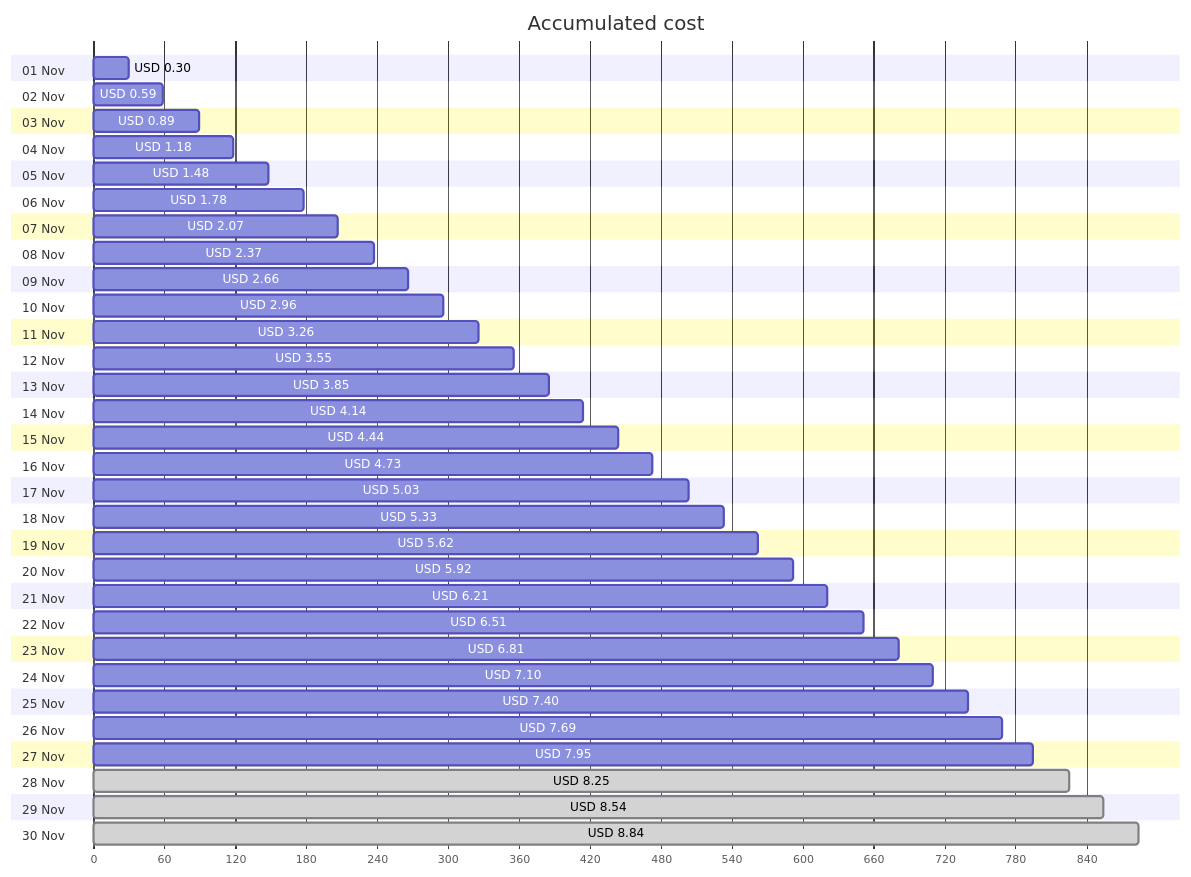
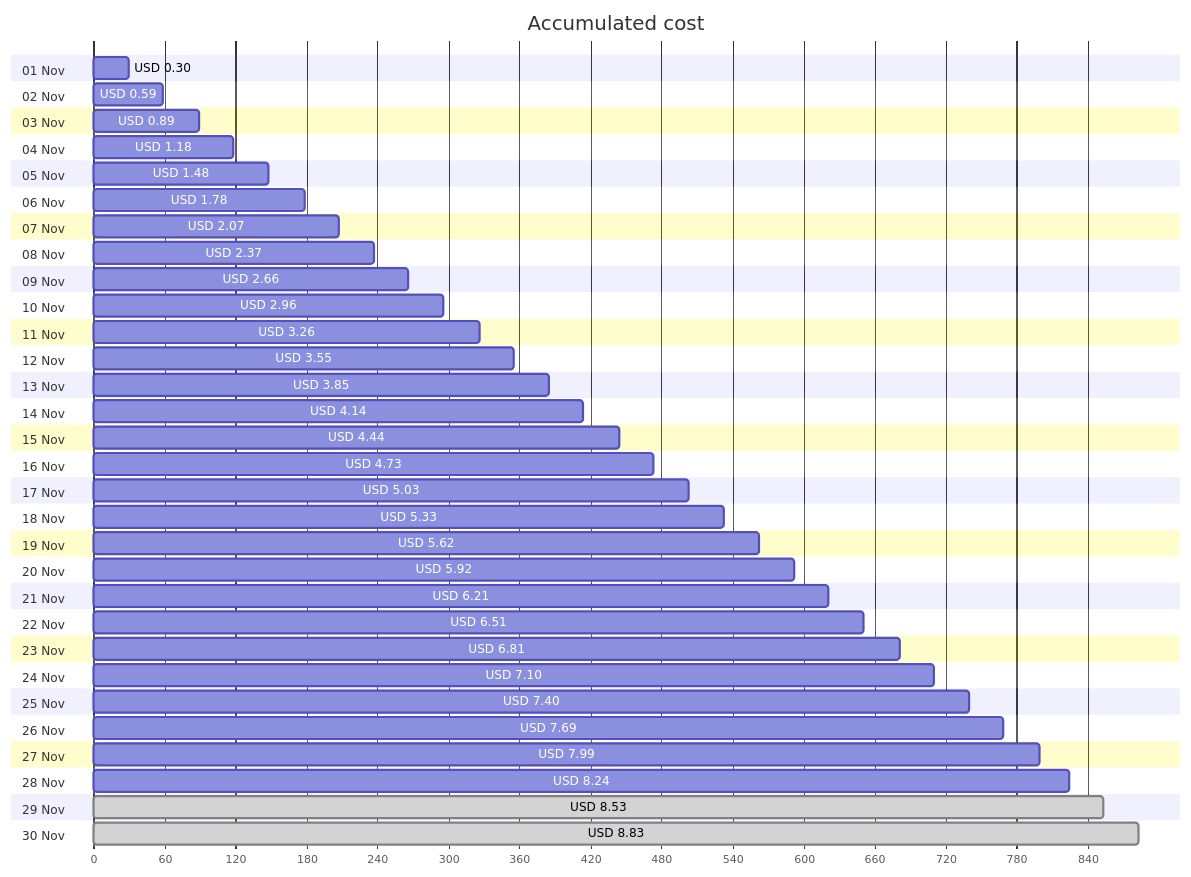
One commit to jpfulton/azure-personal-reports changed the first of 4 diagrams in cost-reports/personal-site/personal-site-preview.md. Above: the diagram before and after it, drawn with Mermaid. The commit also changed other lines of this file and 6 other files, not shown here.

````diff
--- a/cost-reports/personal-site/personal-site-preview.md
+++ b/cost-reports/personal-site/personal-site-preview.md
@@ -20,66 +20,66 @@
 ```mermaid
 gantt
    title Accumulated cost
    dateFormat  X
    axisFormat %s
    section 01 Nov
    USD 0.30 :0, 30
    section 02 Nov
    USD 0.59 :0, 59
    section 03 Nov
    USD 0.89 :0, 89
    section 04 Nov
    USD 1.18 :0, 118
    section 05 Nov
    USD 1.48 :0, 148
    section 06 Nov
    USD 1.78 :0, 178
    section 07 Nov
    USD 2.07 :0, 207
    section 08 Nov
    USD 2.37 :0, 237
    section 09 Nov
    USD 2.66 :0, 266
    section 10 Nov
    USD 2.96 :0, 296
    section 11 Nov
    USD 3.26 :0, 326
    section 12 Nov
    USD 3.55 :0, 355
    section 13 Nov
    USD 3.85 :0, 385
    section 14 Nov
    USD 4.14 :0, 414
    section 15 Nov
    USD 4.44 :0, 444
    section 16 Nov
    USD 4.73 :0, 473
    section 17 Nov
    USD 5.03 :0, 503
    section 18 Nov
    USD 5.33 :0, 533
    section 19 Nov
    USD 5.62 :0, 562
    section 20 Nov
    USD 5.92 :0, 592
    section 21 Nov
    USD 6.21 :0, 621
    section 22 Nov
    USD 6.51 :0, 651
    section 23 Nov
    USD 6.81 :0, 681
    section 24 Nov
    USD 7.10 :0, 710
    section 25 Nov
    USD 7.40 :0, 740
    section 26 Nov
    USD 7.69 :0, 769
    section 27 Nov
-   USD 7.95 :0, 795
+   USD 7.99 :0, 799
    section 28 Nov
-   USD 8.25 : done, 0, 825
+   USD 8.24 :0, 824
    section 29 Nov
-   USD 8.54 : done, 0, 854
+   USD 8.53 : done, 0, 853
    section 30 Nov
-   USD 8.84 : done, 0, 884
+   USD 8.83 : done, 0, 883
 ```
````
